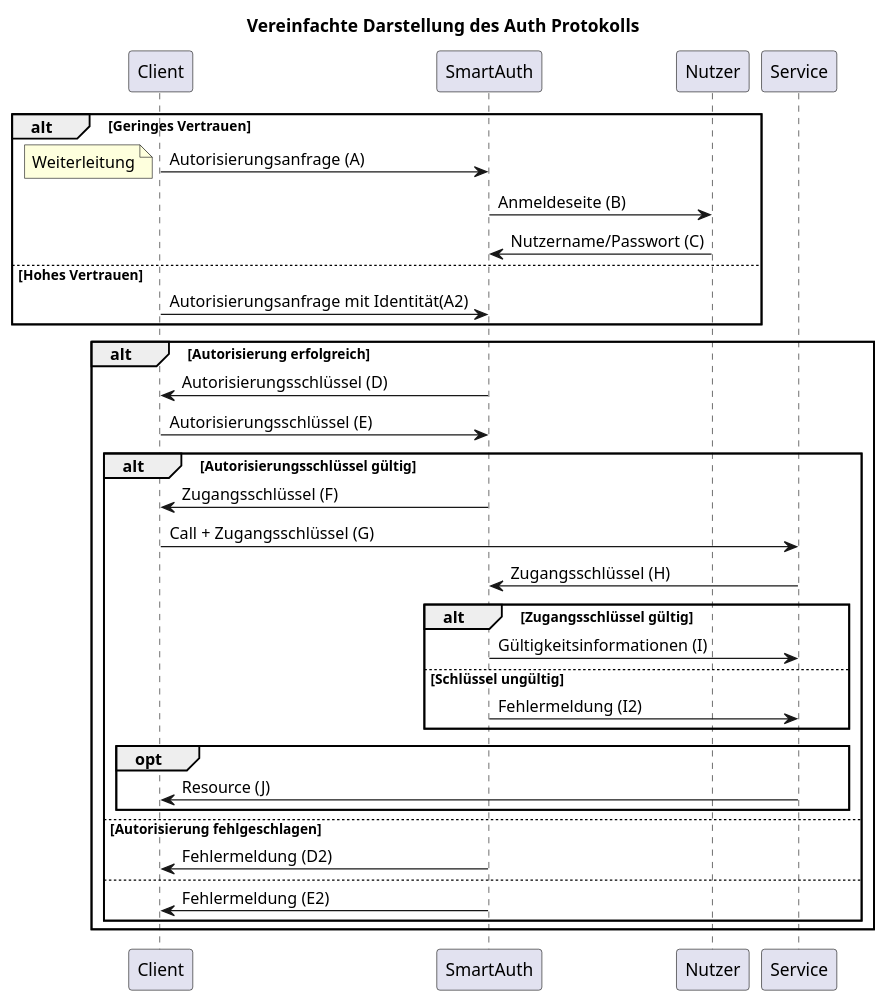
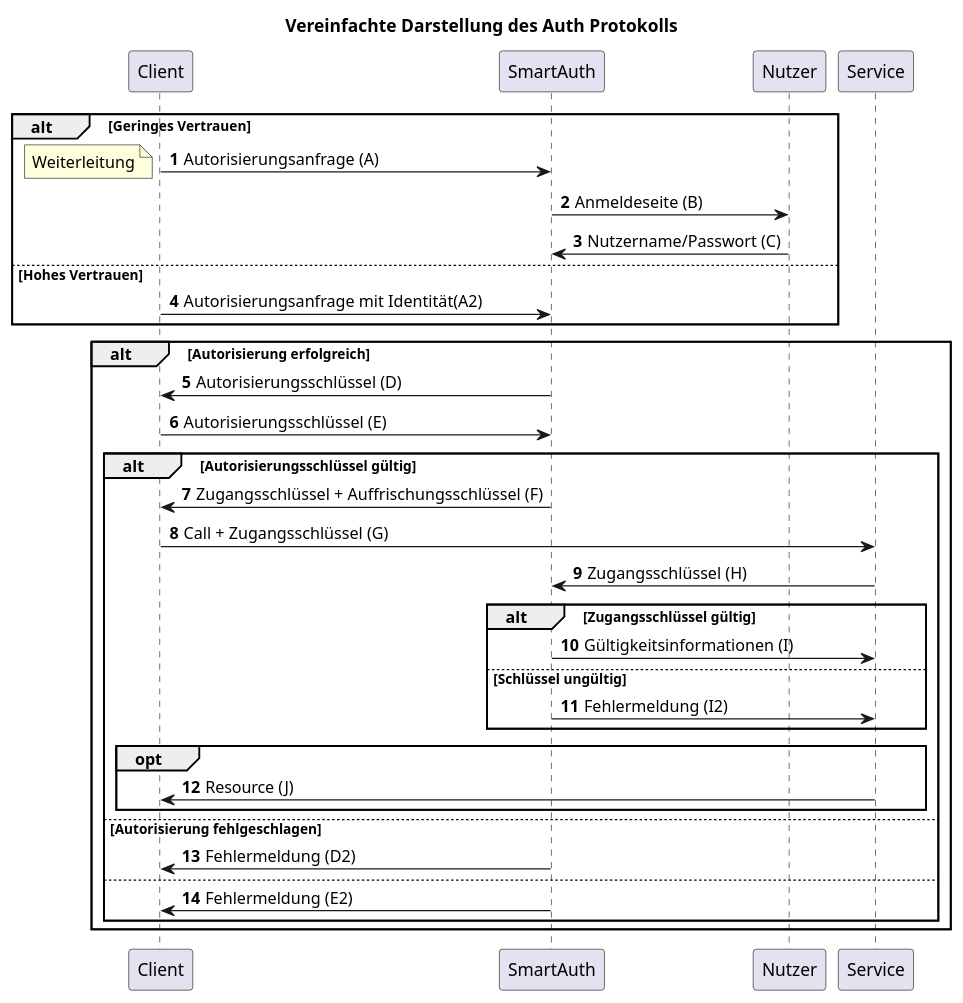
One commit to SmartCityProjectGroup/SmartCity changed the fifth of 11 diagrams in Auth/index.md. Above: the diagram before and after it, drawn with PlantUML. The commit also changed other lines of this file, not shown here.

````diff
--- a/Auth/index.md
+++ b/Auth/index.md
@@ -203,37 +293,38 @@
 ```plantuml
 @startuml
     Title Vereinfachte Darstellung des Auth Protokolls
+    autonumber
     alt Geringes Vertrauen
         Client->SmartAuth: Autorisierungsanfrage (A)
         note left: Weiterleitung
         SmartAuth->Nutzer: Anmeldeseite (B)
         Nutzer->SmartAuth: Nutzername/Passwort (C)
     else Hohes Vertrauen
         Client->SmartAuth: Autorisierungsanfrage mit Identität(A2)
     end
     alt Autorisierung erfolgreich
         SmartAuth->Client: Autorisierungsschlüssel (D)
         Client->SmartAuth: Autorisierungsschlüssel (E)
         alt Autorisierungsschlüssel gültig
-            SmartAuth->Client: Zugangsschlüssel (F)
+            SmartAuth->Client: Zugangsschlüssel + Auffrischungsschlüssel (F)
 
             Client ->Service: Call + Zugangsschlüssel (G)
             Service ->SmartAuth: Zugangsschlüssel (H)
             
             alt Zugangsschlüssel gültig
                 SmartAuth -> Service: Gültigkeitsinformationen (I)
             else Schlüssel ungültig
                 SmartAuth -> Service: Fehlermeldung (I2)
             end
 
             opt
                 Service -> Client: Resource (J)
             end
             else Autorisierung fehlgeschlagen
                 SmartAuth->Client: Fehlermeldung (D2)
         else 
             SmartAuth->Client: Fehlermeldung (E2)
         end
     end 
 @enduml
 ```
````
